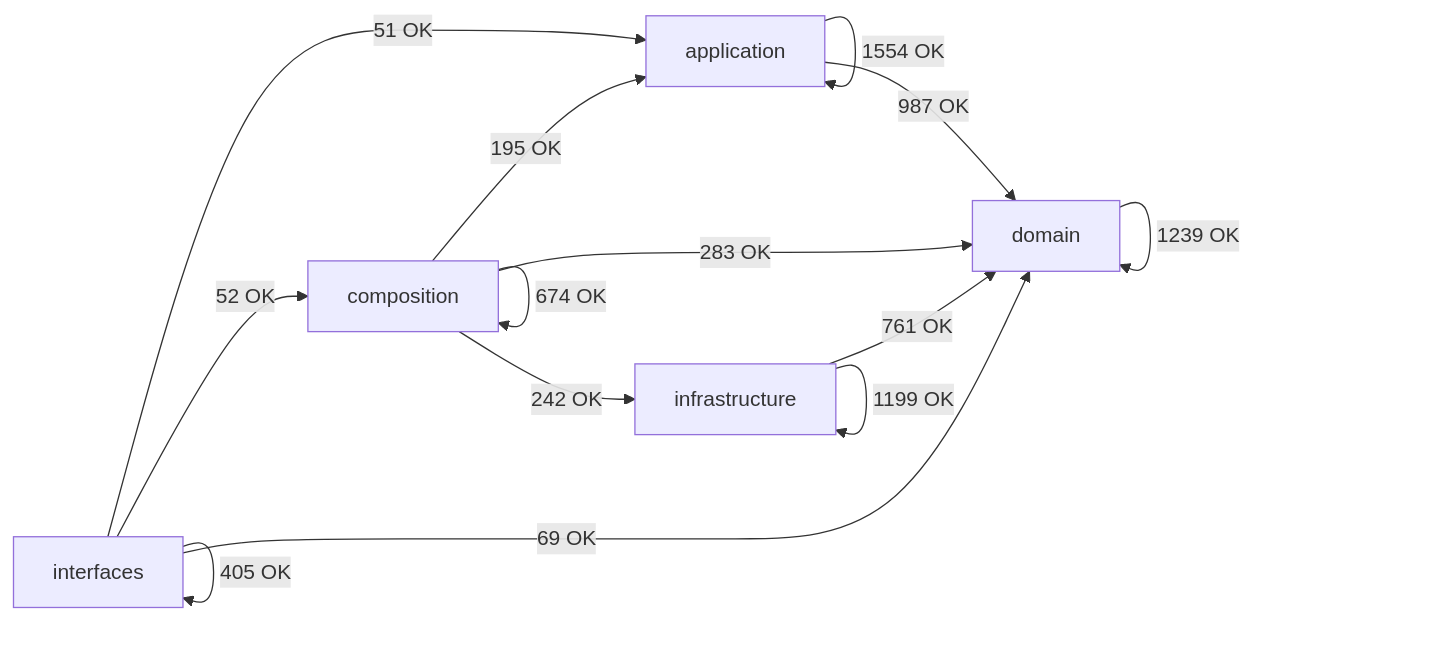
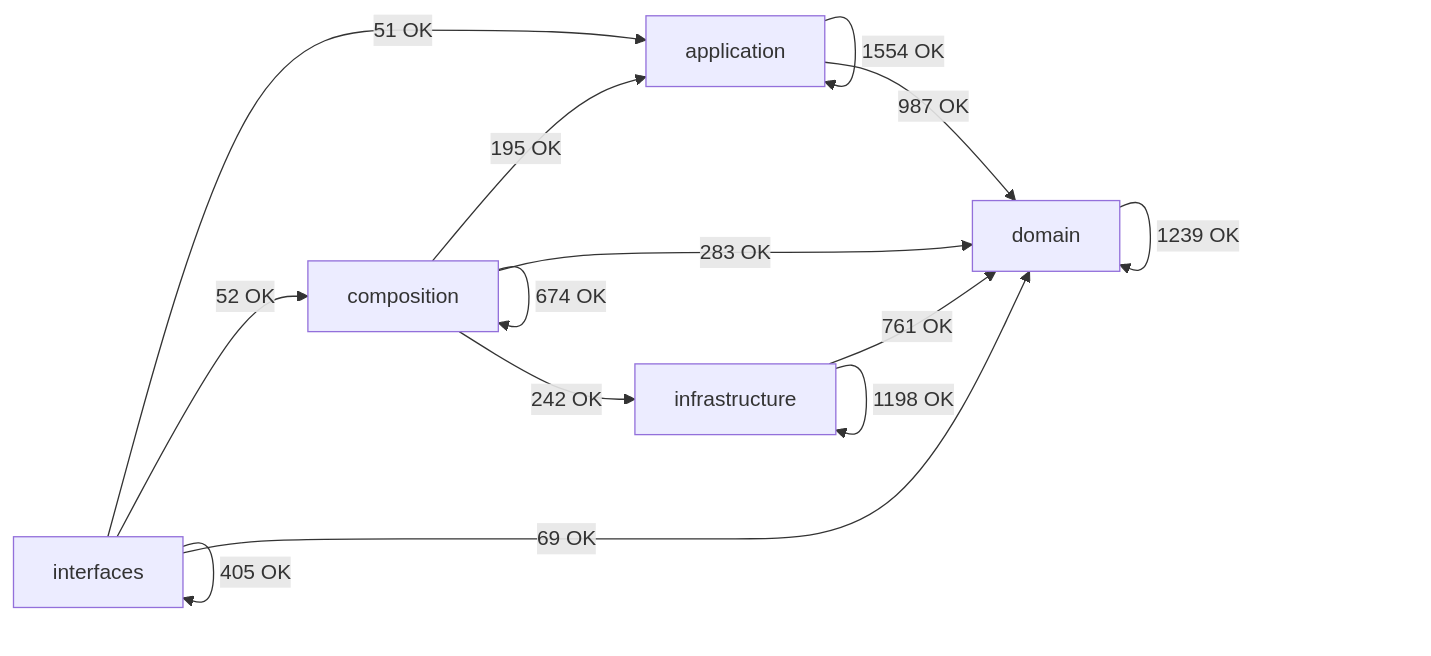
One commit to SatoryKono/BioactivityDataAcquisition changed the diagram in docs/02-architecture/generated/module-dependency-map.md. Above: the diagram before and after it, drawn with Mermaid. The commit also changed other lines of this file and 11 other files, not shown here.

First line of the commit message:
fix(arch): fold UniProt metadata mixin into feature_sequence (#10309)

````diff
--- a/docs/02-architecture/generated/module-dependency-map.md
+++ b/docs/02-architecture/generated/module-dependency-map.md
@@ -17,21 +17,21 @@
 ```mermaid
 flowchart LR
     domain[domain]
     application[application]
     infrastructure[infrastructure]
     composition[composition]
     interfaces[interfaces]
     application -->|1554 OK| application
     application -->|987 OK| domain
     composition -->|195 OK| application
     composition -->|674 OK| composition
     composition -->|283 OK| domain
     composition -->|242 OK| infrastructure
     domain -->|1239 OK| domain
     infrastructure -->|761 OK| domain
-    infrastructure -->|1199 OK| infrastructure
+    infrastructure -->|1198 OK| infrastructure
     interfaces -->|51 OK| application
     interfaces -->|52 OK| composition
     interfaces -->|69 OK| domain
     interfaces -->|405 OK| interfaces
 ```
````
